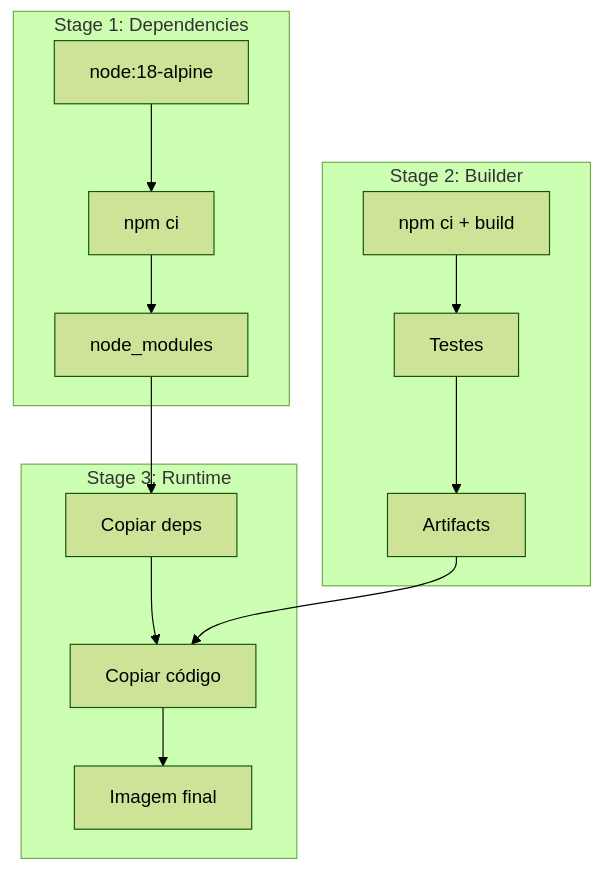
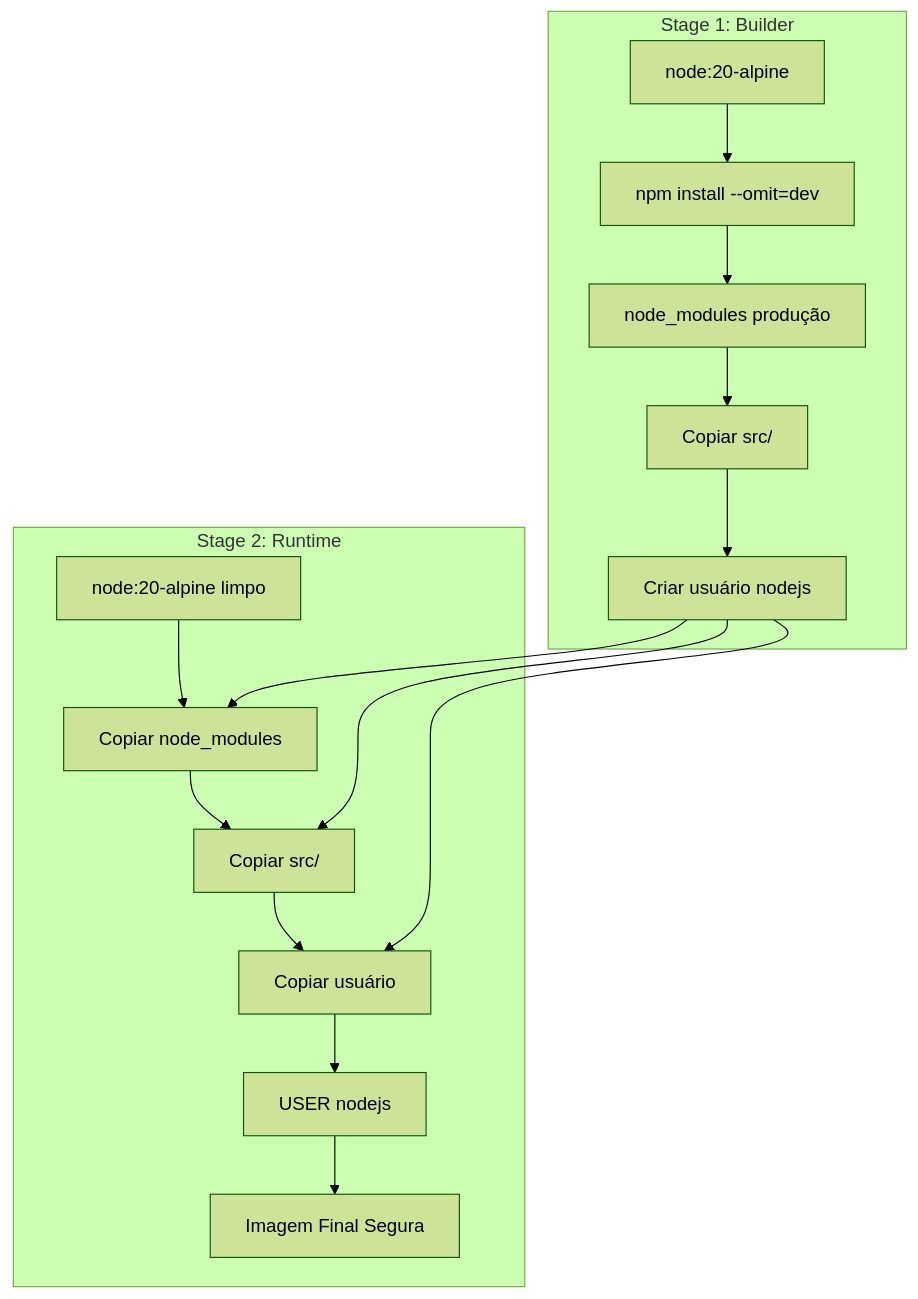
The second of 5 diagrams in VIDEO-3.1-PASSO-A-PASSO.md (LucasMorgani/fiap-dclt-aula03), drawn with Mermaid (forest theme) before and after one commit. The commit also changed other lines of this file and 2 other files, not shown here.

Commit message:
Atualizar Dockerfile e documentação para Node 20 e npm install

````diff
--- a/VIDEO-3.1-PASSO-A-PASSO.md
+++ b/VIDEO-3.1-PASSO-A-PASSO.md
@@ -74,20 +74,21 @@
 ```mermaid
 graph TB
-    subgraph "Stage 1: Dependencies"
-        A[node:18-alpine] --> B[npm ci]
-        B --> C[node_modules]
+    subgraph "Stage 1: Builder"
+        A[node:20-alpine] --> B[npm install --omit=dev]
+        B --> C[node_modules produção]
+        C --> D[Copiar src/]
+        D --> E[Criar usuário nodejs]
     end
     
-    subgraph "Stage 2: Builder"
-        D[npm ci + build] --> E[Testes]
-        E --> F[Artifacts]
+    subgraph "Stage 2: Runtime"
+        F[node:20-alpine limpo] --> G[Copiar node_modules]
+        G --> H[Copiar src/]
+        H --> I[Copiar usuário]
+        I --> J[USER nodejs]
+        J --> K[Imagem Final Segura]
     end
     
-    subgraph "Stage 3: Runtime"
-        G[Copiar deps] --> H[Copiar código]
-        H --> I[Imagem final]
-    end
-    
-    C --> G
-    F --> H
+    E --> G
+    E --> H
+    E --> I
 ```
````
